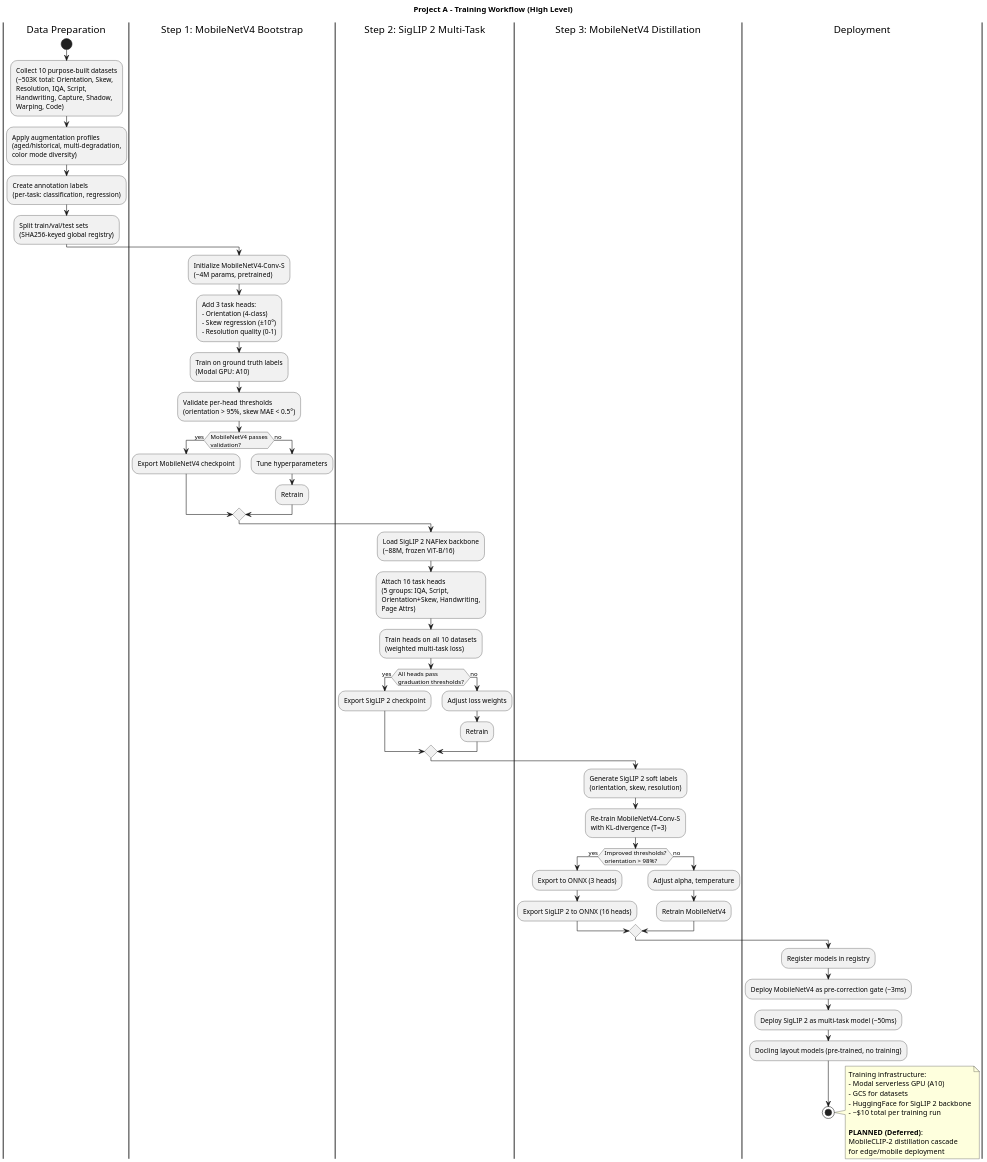
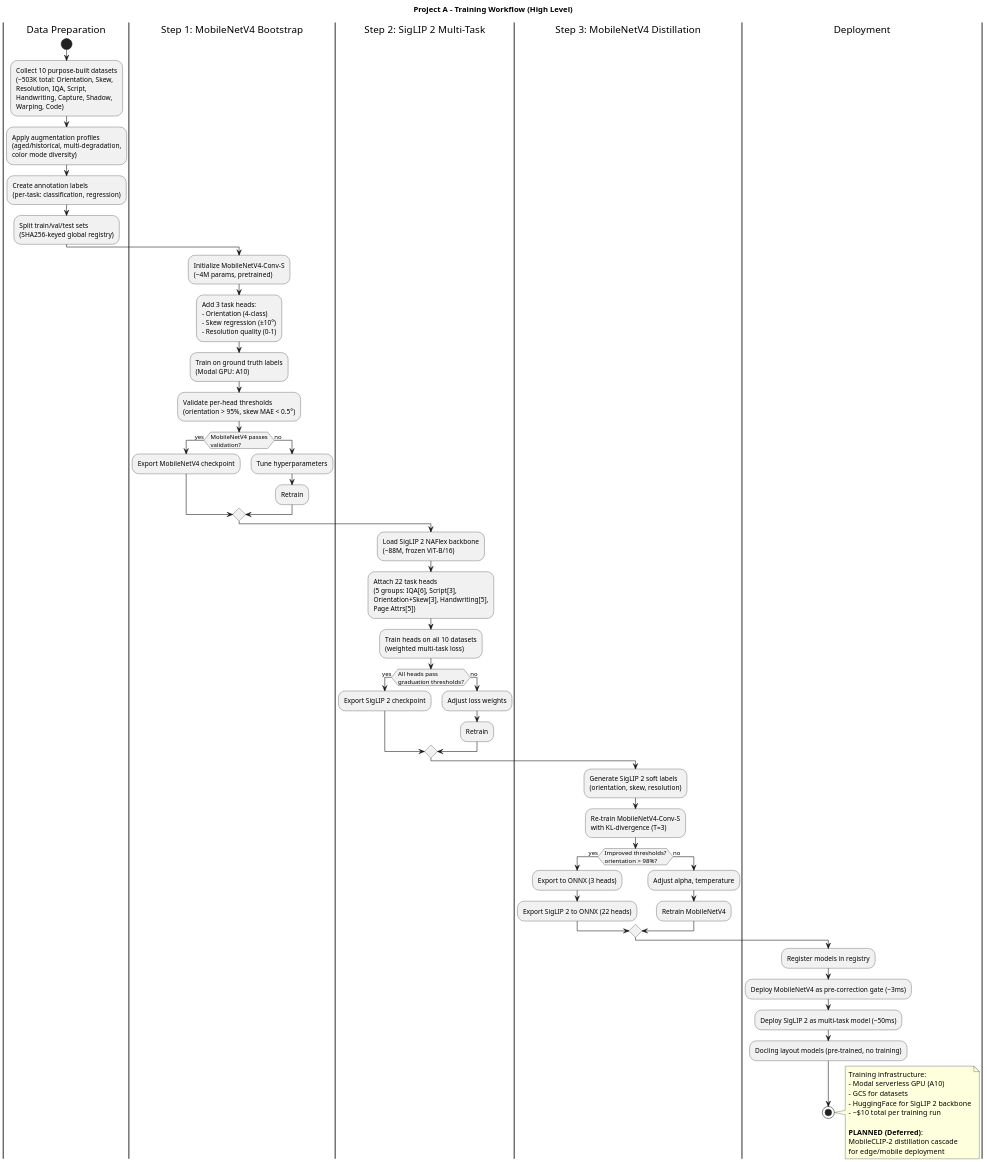
Before and after one commit to williaby/image-preprocessing-detector: the diagram in docs/architecture/diagrams/level-2/model-training/project-a-training-workflow-high-level.puml, drawn with PlantUML. The commit also changed 121 other files, not shown here.

```diff
--- a/docs/architecture/diagrams/level-2/model-training/project-a-training-workflow-high-level.puml
+++ b/docs/architecture/diagrams/level-2/model-training/project-a-training-workflow-high-level.puml
@@ -1,71 +1,71 @@
 @startuml
 title Project A - Training Workflow (High Level)
 
 skinparam dpi 150
 skinparam shadowing false
 skinparam rectangle {
   BackgroundColor White
   BorderColor Black
 }
 
 |Data Preparation|
 start
 :Collect 10 purpose-built datasets\n(~503K total: Orientation, Skew,\nResolution, IQA, Script,\nHandwriting, Capture, Shadow,\nWarping, Code);
 :Apply augmentation profiles\n(aged/historical, multi-degradation,\ncolor mode diversity);
 :Create annotation labels\n(per-task: classification, regression);
 :Split train/val/test sets\n(SHA256-keyed global registry);
 
 |Step 1: MobileNetV4 Bootstrap|
 :Initialize MobileNetV4-Conv-S\n(~4M params, pretrained);
 :Add 3 task heads:\n- Orientation (4-class)\n- Skew regression (±10°)\n- Resolution quality (0-1);
 :Train on ground truth labels\n(Modal GPU: A10);
 :Validate per-head thresholds\n(orientation > 95%, skew MAE < 0.5°);
 if (MobileNetV4 passes\nvalidation?) then (yes)
   :Export MobileNetV4 checkpoint;
 else (no)
   :Tune hyperparameters;
   :Retrain;
 endif
 
 |Step 2: SigLIP 2 Multi-Task|
 :Load SigLIP 2 NAFlex backbone\n(~88M, frozen ViT-B/16);
-:Attach 16 task heads\n(5 groups: IQA, Script,\nOrientation+Skew, Handwriting,\nPage Attrs);
+:Attach 22 task heads\n(5 groups: IQA[6], Script[3],\nOrientation+Skew[3], Handwriting[5],\nPage Attrs[5]);
 :Train heads on all 10 datasets\n(weighted multi-task loss);
 if (All heads pass\ngraduation thresholds?) then (yes)
   :Export SigLIP 2 checkpoint;
 else (no)
   :Adjust loss weights;
   :Retrain;
 endif
 
 |Step 3: MobileNetV4 Distillation|
 :Generate SigLIP 2 soft labels\n(orientation, skew, resolution);
 :Re-train MobileNetV4-Conv-S\nwith KL-divergence (T=3);
 if (Improved thresholds?\norientation > 98%?) then (yes)
   :Export to ONNX (3 heads);
-  :Export SigLIP 2 to ONNX (16 heads);
+  :Export SigLIP 2 to ONNX (22 heads);
 else (no)
   :Adjust alpha, temperature;
   :Retrain MobileNetV4;
 endif
 
 |Deployment|
 :Register models in registry;
 :Deploy MobileNetV4 as pre-correction gate (~3ms);
 :Deploy SigLIP 2 as multi-task model (~50ms);
 :Docling layout models (pre-trained, no training);
 stop
 
 note right
   Training infrastructure:
   - Modal serverless GPU (A10)
   - GCS for datasets
   - HuggingFace for SigLIP 2 backbone
   - ~$10 total per training run
 
   **PLANNED (Deferred)**:
   MobileCLIP-2 distillation cascade
   for edge/mobile deployment
 end note
 
 @enduml
```
